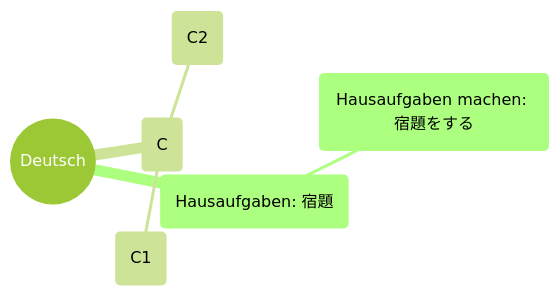
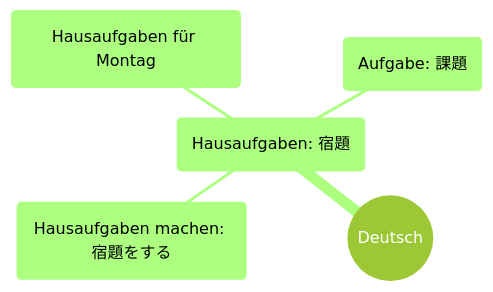
Before and after one commit to hyonsoku/mindmap: the first of 6 diagrams in Dutesch/deutsch.md, drawn with Mermaid (forest theme).

Commit message:
Update Hausaufgaben

````diff
--- a/Dutesch/deutsch.md
+++ b/Dutesch/deutsch.md
@@ -1,9 +1,8 @@
 ```mermaid
 mindmap
     root((Deutsch))
         (Hausaufgaben: 宿題)
             (Hausaufgaben machen: 宿題をする)
-        (C)
-            (C1)
-            (C2)
+            (Hausaufgaben für Montag)
+            (Aufgabe: 課題)
 ```
````
